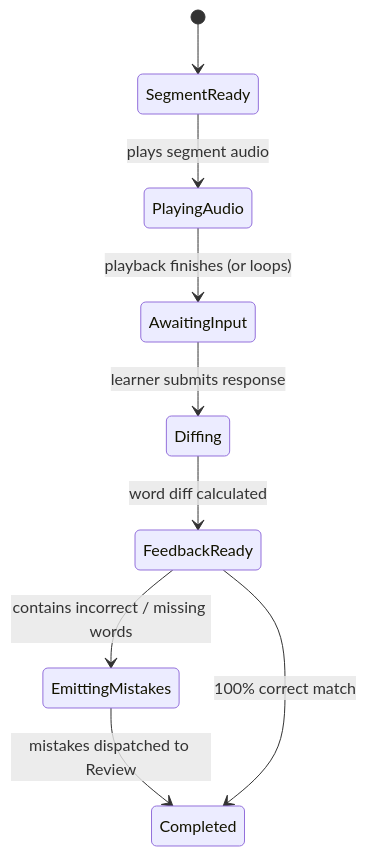
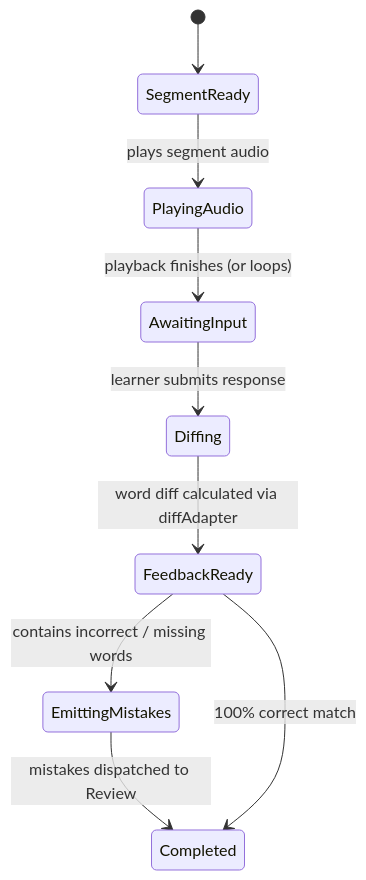
One commit to NguyenDukKyeon/Omni_IELTS changed the fifth of 5 diagrams in docs/superpowers/specs/2026-09-04-omni-media-learning-room-design.md. Above: the diagram before and after it, drawn with Mermaid. The commit also changed other lines of this file and 2 other files, not shown here.

````diff
--- a/docs/superpowers/specs/2026-09-04-omni-media-learning-room-design.md
+++ b/docs/superpowers/specs/2026-09-04-omni-media-learning-room-design.md
@@ -368,11 +392,11 @@
 ```mermaid
 stateDiagram-v2
     [*] --> SegmentReady
     SegmentReady --> PlayingAudio : plays segment audio
     PlayingAudio --> AwaitingInput : playback finishes (or loops)
     AwaitingInput --> Diffing : learner submits response
-    Diffing --> FeedbackReady : word diff calculated
+    Diffing --> FeedbackReady : word diff calculated via diffAdapter
     FeedbackReady --> EmittingMistakes : contains incorrect / missing words
     EmittingMistakes --> Completed : mistakes dispatched to Review
     FeedbackReady --> Completed : 100% correct match
 ```
````
